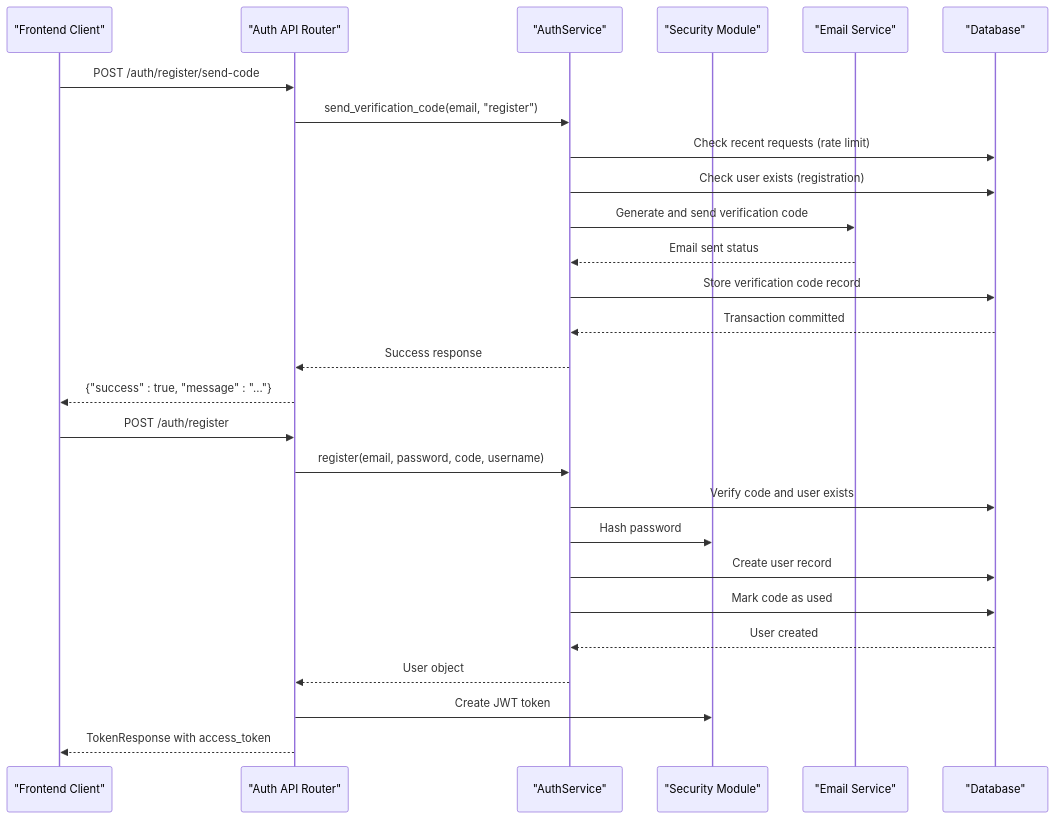
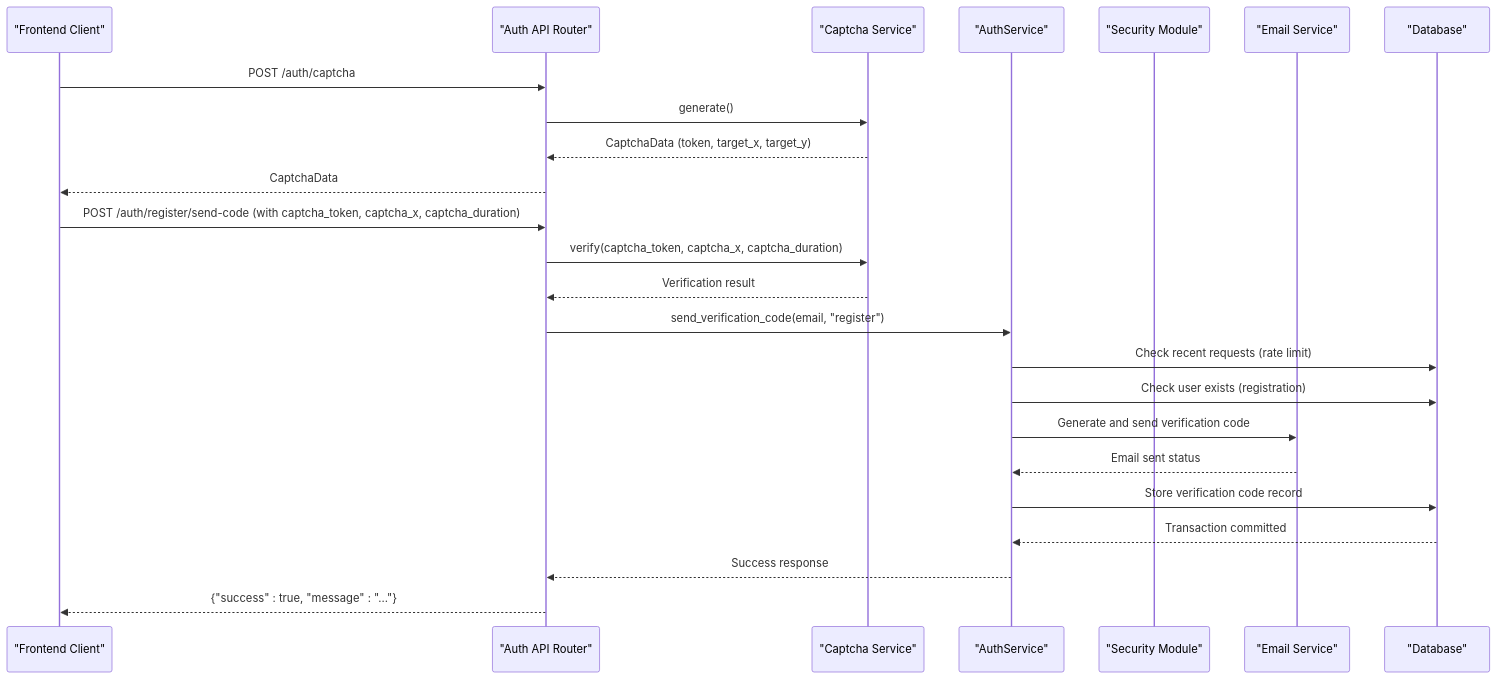
Before and after one commit to rainRise/aidiary: the second of 7 diagrams in .qoder/repowiki/en/content/Backend System/Service Layer Implementation/Authentication Service.md, drawn with Mermaid. The commit also changed other lines of this file and 16 other files, not shown here.

````diff
--- a/.qoder/repowiki/en/content/Backend System/Service Layer Implementation/Authentication Service.md
+++ b/.qoder/repowiki/en/content/Backend System/Service Layer Implementation/Authentication Service.md
@@ -126,29 +154,26 @@
 ```mermaid
 sequenceDiagram
 participant Client as "Frontend Client"
 participant API as "Auth API Router"
+participant Captcha as "Captcha Service"
 participant Service as "AuthService"
 participant Security as "Security Module"
 participant Email as "Email Service"
 participant DB as "Database"
-Client->>API : POST /auth/register/send-code
+Client->>API : POST /auth/captcha
+API->>Captcha : generate()
+Captcha-->>API : CaptchaData (token, target_x, target_y)
+API-->>Client : CaptchaData
+Client->>API : POST /auth/register/send-code (with captcha_token, captcha_x, captcha_duration)
+API->>Captcha : verify(captcha_token, captcha_x, captcha_duration)
+Captcha-->>API : Verification result
 API->>Service : send_verification_code(email, "register")
 Service->>DB : Check recent requests (rate limit)
 Service->>DB : Check user exists (registration)
 Service->>Email : Generate and send verification code
 Email-->>Service : Email sent status
 Service->>DB : Store verification code record
 DB-->>Service : Transaction committed
 Service-->>API : Success response
 API-->>Client : {"success" : true, "message" : "..."}
-Client->>API : POST /auth/register
-API->>Service : register(email, password, code, username)
-Service->>DB : Verify code and user exists
-Service->>Security : Hash password
-Service->>DB : Create user record
-Service->>DB : Mark code as used
-DB-->>Service : User created
-Service-->>API : User object
-API->>Security : Create JWT token
-API-->>Client : TokenResponse with access_token
 ```
````
